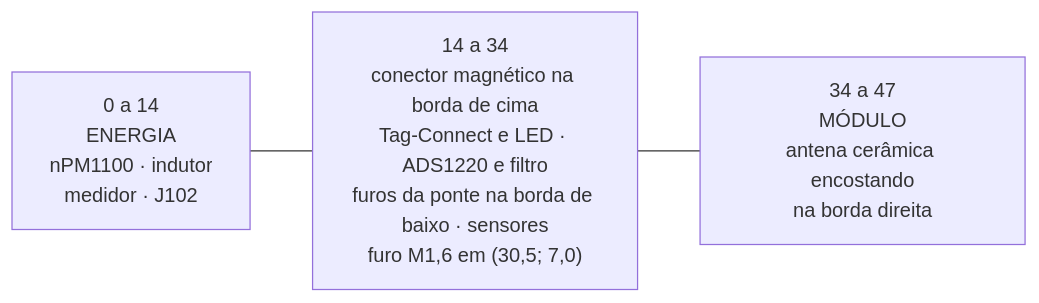
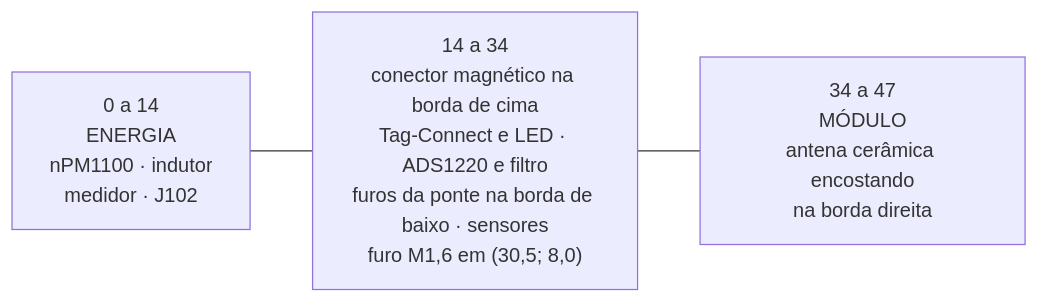
One commit to Guiimartinho/bike-powermeter changed the diagram in hardware_powermeter/04-placa.md. Above: the diagram before and after it, drawn with Mermaid. The commit also changed other lines of this file and 38 other files, not shown here.

````diff
--- a/hardware_powermeter/04-placa.md
+++ b/hardware_powermeter/04-placa.md
@@ -78,7 +85,7 @@
 ```mermaid
 flowchart LR
     E["0 a 14<br/>ENERGIA<br/>nPM1100 · indutor<br/>medidor · J102"]
-    C["14 a 34<br/>conector magnético na borda de cima<br/>Tag-Connect e LED · ADS1220 e filtro<br/>furos da ponte na borda de baixo · sensores<br/>furo M1,6 em (30,5; 7,0)"]
+    C["14 a 34<br/>conector magnético na borda de cima<br/>Tag-Connect e LED · ADS1220 e filtro<br/>furos da ponte na borda de baixo · sensores<br/>furo M1,6 em (30,5; 8,0)"]
     M["34 a 47<br/>MÓDULO<br/>antena cerâmica encostando<br/>na borda direita"]
     E --- C --- M
 ```
````
